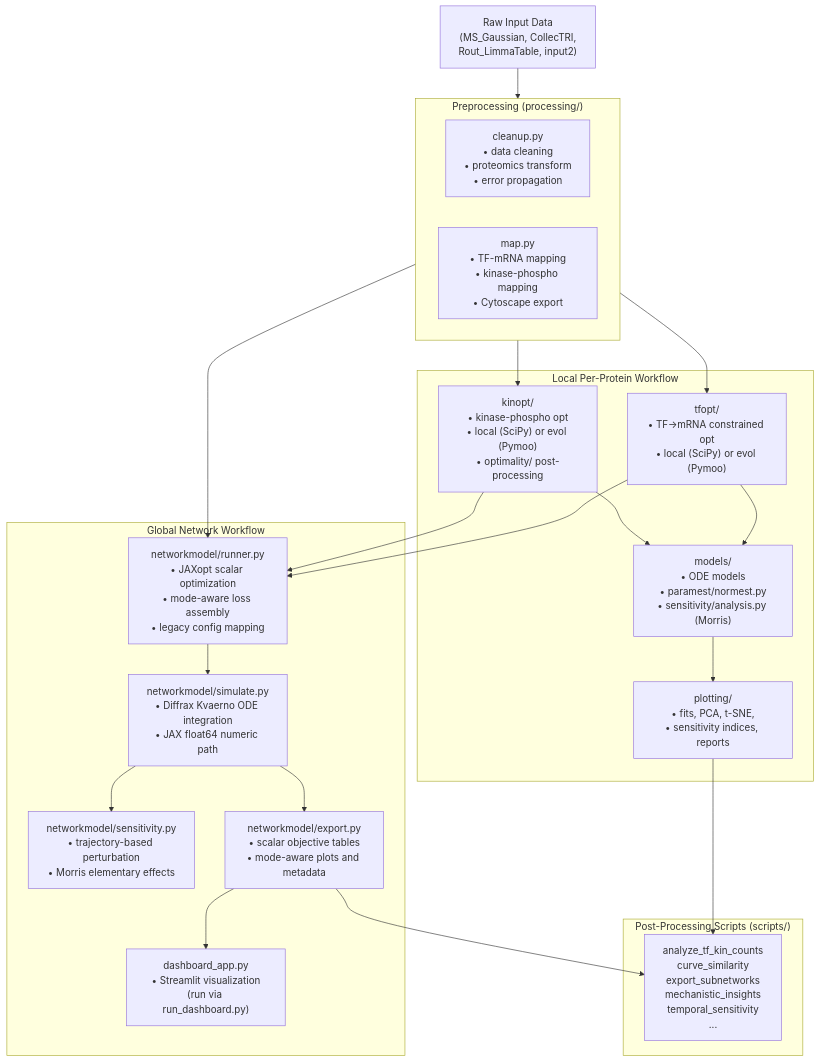
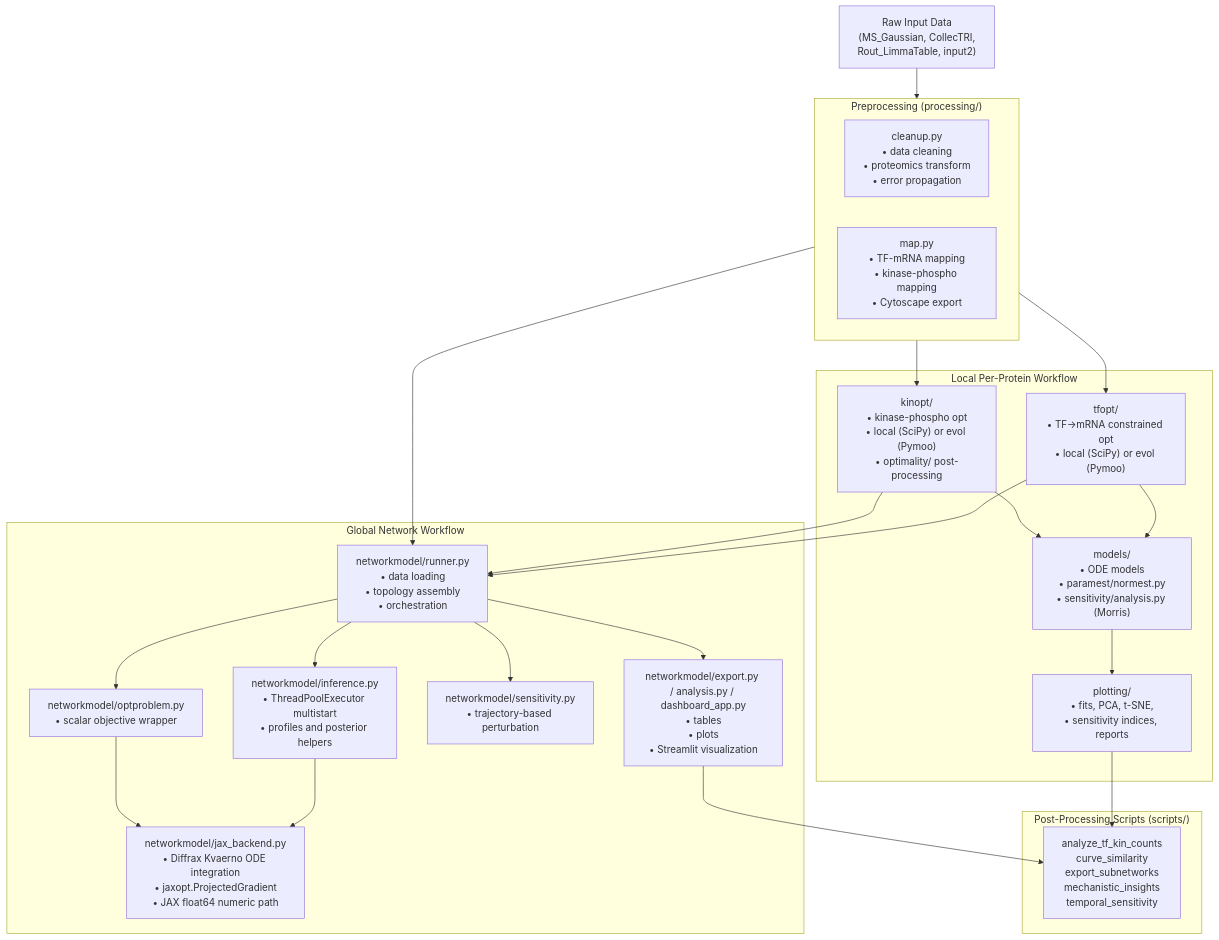
One commit to bibymaths/phoskintime changed the diagram in docs/Documentation/architecture.md. Above: the diagram before and after it, drawn with Mermaid. The commit also changed other lines of this file and 38 other files, not shown here.

````diff
--- a/docs/Documentation/architecture.md
+++ b/docs/Documentation/architecture.md
@@ -31,44 +31,47 @@
 ```mermaid
 flowchart TD
     A["Raw Input Data\n(MS_Gaussian, CollecTRI,\nRout_LimmaTable, input2)"]
 
     subgraph prep ["Preprocessing (processing/)"]
         B["cleanup.py\n• data cleaning\n• proteomics transform\n• error propagation"]
         C["map.py\n• TF-mRNA mapping\n• kinase-phospho mapping\n• Cytoscape export"]
     end
 
     subgraph local ["Local Per-Protein Workflow"]
         D["tfopt/\n• TF→mRNA constrained opt\n• local (SciPy) or evol (Pymoo)"]
         E["kinopt/\n• kinase-phospho opt\n• local (SciPy) or evol (Pymoo)\n• optimality/ post-processing"]
         F["models/\n• ODE models\n• paramest/normest.py\n• sensitivity/analysis.py (Morris)"]
         G["plotting/\n• fits, PCA, t-SNE,\n• sensitivity indices, reports"]
     end
 
     subgraph global_wf ["Global Network Workflow"]
-        H["networkmodel/runner.py\n• JAXopt scalar optimization\n• mode-aware loss assembly\n• legacy config mapping"]
-        I["networkmodel/simulate.py\n• Diffrax Kvaerno ODE integration\n• JAX float64 numeric path"]
-        J["networkmodel/sensitivity.py\n• trajectory-based perturbation\n• Morris elementary effects"]
-        K["networkmodel/export.py\n• scalar objective tables\n• mode-aware plots and metadata"]
-        L["dashboard_app.py\n• Streamlit visualization\n(run via run_dashboard.py)"]
+        H["networkmodel/runner.py\n• data loading\n• topology assembly\n• orchestration"]
+        I["networkmodel/optproblem.py\n• scalar objective wrapper"]
+        J["networkmodel/jax_backend.py\n• Diffrax Kvaerno ODE integration\n• jaxopt.ProjectedGradient\n• JAX float64 numeric path"]
+        K["networkmodel/inference.py\n• ThreadPoolExecutor multistart\n• profiles and posterior helpers"]
+        L["networkmodel/sensitivity.py\n• trajectory-based perturbation"]
+        N["networkmodel/export.py / analysis.py / dashboard_app.py\n• tables\n• plots\n• Streamlit visualization"]
     end
 
     subgraph scripts_box ["Post-Processing Scripts (scripts/)"]
-        M["analyze_tf_kin_counts\ncurve_similarity\nexport_subnetworks\nmechanistic_insights\ntemporal_sensitivity\n..."]
+        M["analyze_tf_kin_counts\ncurve_similarity\nexport_subnetworks\nmechanistic_insights\ntemporal_sensitivity"]
     end
 
     A --> prep
     prep --> D
     prep --> E
     E --> F
     D --> F
     F --> G
     prep --> H
     E --> H
     D --> H
     H --> I
     I --> J
-    I --> K
-    K --> L
-    K --> M
+    H --> K
+    K --> J
+    H --> L
+    H --> N
+    N --> M
     G --> M
 ```
````
